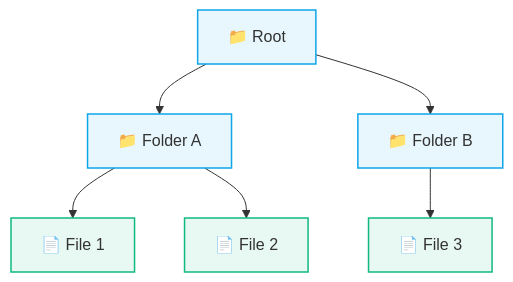
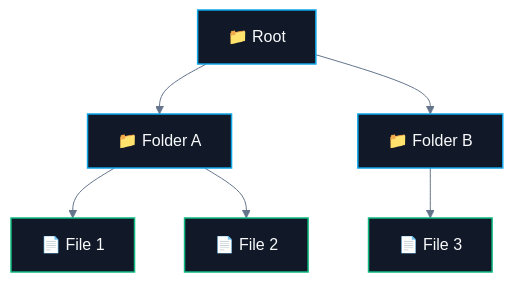
Before and after one commit to abhinavbharti2345/CS_Notes: the first of 8 diagrams in CS/DSA/07. Trees & BSTs/01. Binary Tree Fundamentals.md, drawn with Mermaid. The commit also changed other lines of this file and 195 other files, not shown here.

````diff
--- a/CS/DSA/07. Trees & BSTs/01. Binary Tree Fundamentals.md
+++ b/CS/DSA/07. Trees & BSTs/01. Binary Tree Fundamentals.md
@@ -40,20 +40,21 @@
 ```mermaid
+%%{init: {'theme': 'base', 'themeVariables': { 'darkMode': true, 'background': '#0B0F14', 'mainBkg': '#111827', 'primaryColor': '#111827', 'primaryTextColor': '#F8FAFC', 'primaryBorderColor': '#38BDF8', 'lineColor': '#64748B', 'secondaryColor': '#0B0F14', 'tertiaryColor': '#0B0F14', 'clusterBkg': '#0B0F14', 'clusterBorder': '#38BDF8' }}}%%
 flowchart TD
     Root["📁 Root"]
     FA["📁 Folder A"]
     FB["📁 Folder B"]
     F1["📄 File 1"]
     F2["📄 File 2"]
     F3["📄 File 3"]
 
     Root --> FA
     Root --> FB
     FA --> F1
     FA --> F2
     FB --> F3
 
-    classDef folder fill:#0ea5e918,stroke:#0ea5e9,stroke-width:1.5px;
-    classDef file fill:#10b98118,stroke:#10b981,stroke-width:1.5px;
+    classDef folder fill:#111827,stroke:#0ea5e9,stroke-width:1.5px,color:#F8FAFC;
+    classDef file fill:#111827,stroke:#10b981,stroke-width:1.5px,color:#F8FAFC;
     class Root,FA,FB folder;
     class F1,F2,F3 file;
 ```
````
